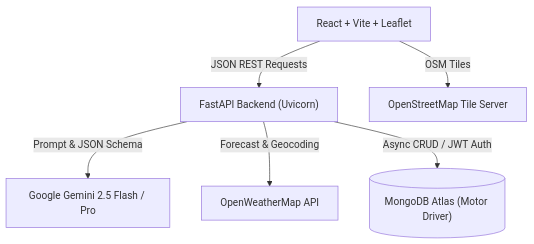
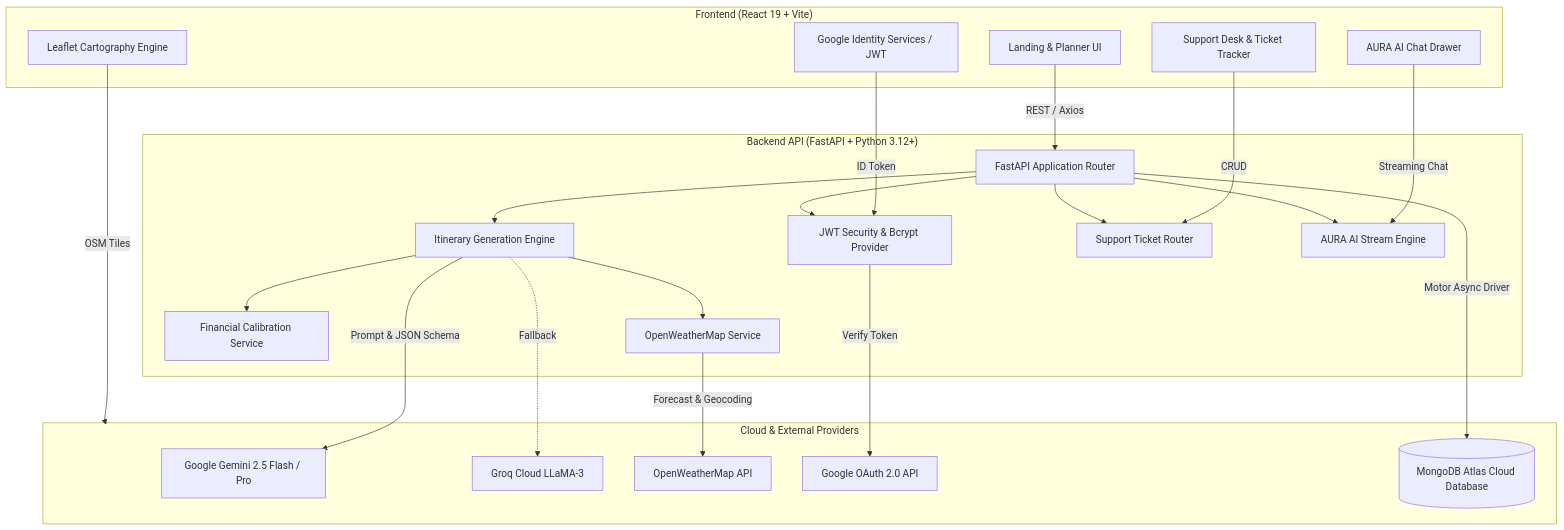
The diagram in README.md (HoneyRathore1201/AviAura), drawn with Mermaid before and after one commit. The commit also changed other lines of this file and 5 other files, not shown here.

````diff
--- a/README.md
+++ b/README.md
@@ -74,8 +64,48 @@
 ```mermaid
-graph TD
-    Client["React + Vite + Leaflet"] -->|JSON REST Requests| API["FastAPI Backend (Uvicorn)"]
-    API -->|Prompt & JSON Schema| Gemini["Google Gemini 2.5 Flash / Pro"]
-    API -->|Forecast & Geocoding| OWM["OpenWeatherMap API"]
-    API -->|Async CRUD / JWT Auth| MongoDB[("MongoDB Atlas (Motor Driver)")]
-    Client -->|OSM Tiles| OSM["OpenStreetMap Tile Server"]
+flowchart TB
+    subgraph Client["Frontend (React 19 + Vite)"]
+        UI["Landing & Planner UI"]
+        Maps["Leaflet Cartography Engine"]
+        Concierge["AURA AI Chat Drawer"]
+        HelpDesk["Support Desk & Ticket Tracker"]
+        AuthUI["Google Identity Services / JWT"]
+    end
+
+    subgraph Server["Backend API (FastAPI + Python 3.12+)"]
+        Router["FastAPI Application Router"]
+        Security["JWT Security & Bcrypt Provider"]
+        TripService["Itinerary Generation Engine"]
+        BudgetService["Financial Calibration Service"]
+        WeatherService["OpenWeatherMap Service"]
+        SupportRouter["Support Ticket Router"]
+        ChatRouter["AURA AI Stream Engine"]
+    end
+
+    subgraph External["Cloud & External Providers"]
+        Gemini["Google Gemini 2.5 Flash / Pro"]
+        Groq["Groq Cloud LLaMA-3"]
+        OWM["OpenWeatherMap API"]
+        GoogleAuth["Google OAuth 2.0 API"]
+        Mongo[("MongoDB Atlas Cloud Database")]
+    end
+
+    UI -->|REST / Axios| Router
+    Maps -->|OSM Tiles| External
+    Concierge -->|Streaming Chat| ChatRouter
+    HelpDesk -->|CRUD| SupportRouter
+    AuthUI -->|ID Token| Security
+
+    Router --> Security
+    Router --> TripService
+    Router --> SupportRouter
+    Router --> ChatRouter
+
+    TripService -->|Prompt & JSON Schema| Gemini
+    TripService -.->|Fallback| Groq
+    TripService --> BudgetService
+    TripService --> WeatherService
+
+    WeatherService -->|Forecast & Geocoding| OWM
+    Security -->|Verify Token| GoogleAuth
+    Router -->|Motor Async Driver| Mongo
 ```
````
